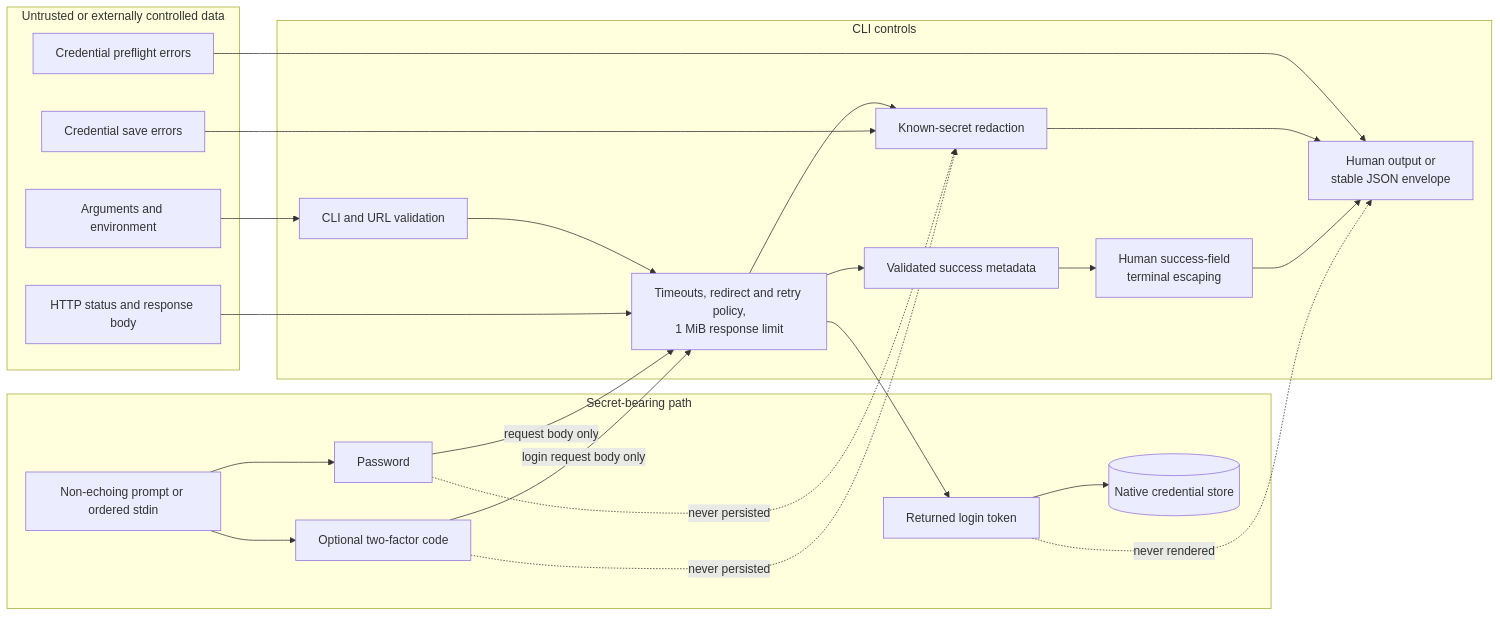
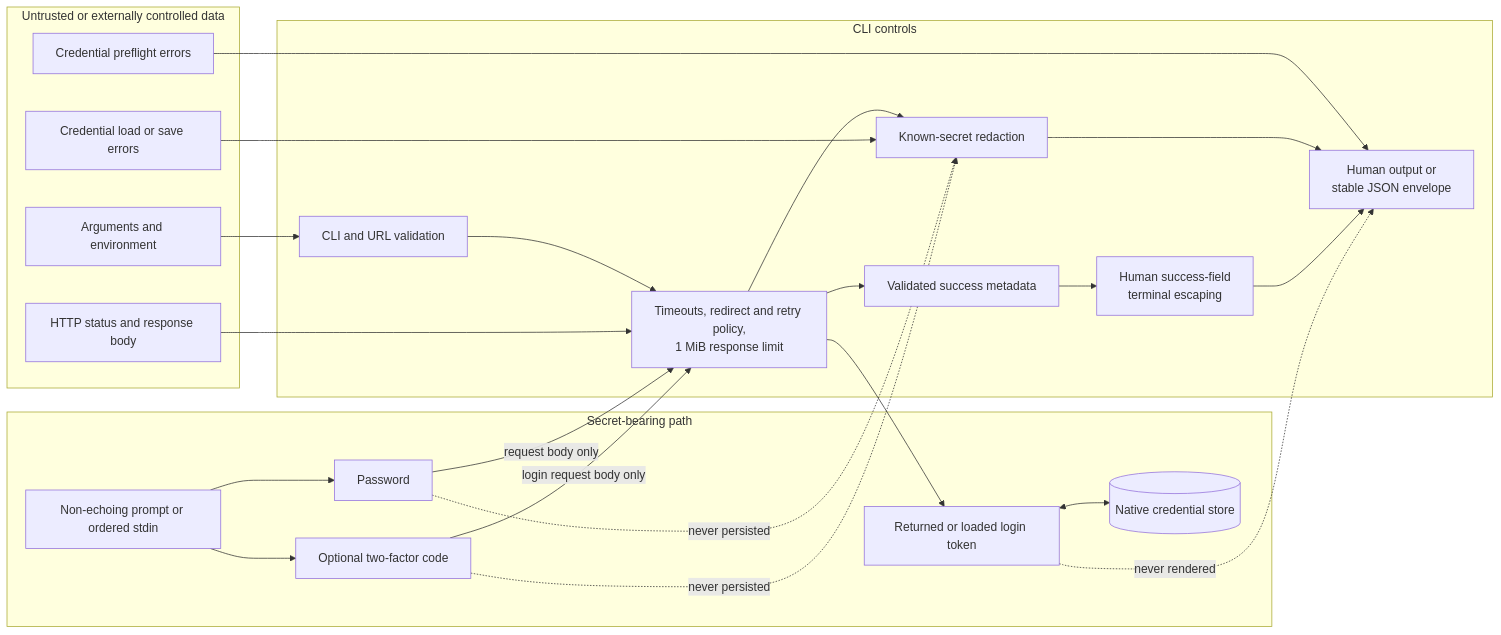
Before and after one commit to AhmedLukman/wekan-cli: the eighth of 9 diagrams in docs/auth-architecture.md, drawn with Mermaid. The commit also changed other lines of this file and 18 other files, not shown here.

````diff
--- a/docs/auth-architecture.md
+++ b/docs/auth-architecture.md
@@ -229,46 +287,46 @@
 ```mermaid
 flowchart LR
     subgraph untrusted[Untrusted or externally controlled data]
         args[Arguments and environment]
         response[HTTP status and response body]
         preflight[Credential preflight errors]
-        storeerr[Credential save errors]
+        storeerr[Credential load or save errors]
     end
 
     subgraph controls[CLI controls]
         validation[CLI and URL validation]
         limits[Timeouts, redirect and retry policy,<br/>1 MiB response limit]
         redaction[Known-secret redaction]
         successmeta[Validated success metadata]
         escaping[Human success-field<br/>terminal escaping]
         rendered[Human output or<br/>stable JSON envelope]
     end
 
     subgraph secrets[Secret-bearing path]
         secretinput[Non-echoing prompt or ordered stdin]
         pass[Password]
         code[Optional two-factor code]
-        token[Returned login token]
+        token[Returned or loaded login token]
         vault[(Native credential store)]
     end
 
     args --> validation --> limits
     secretinput --> pass
     secretinput --> code
     pass -->|request body only| limits
     code -->|login request body only| limits
     response --> limits
     limits --> token
-    token --> vault
+    token <--> vault
     limits --> redaction
     limits --> successmeta
     successmeta --> escaping
     preflight --> rendered
     storeerr --> redaction
     redaction --> rendered
     escaping --> rendered
 
     pass -. never persisted .-> redaction
     code -. never persisted .-> redaction
     token -. never rendered .-> rendered
 ```
````
